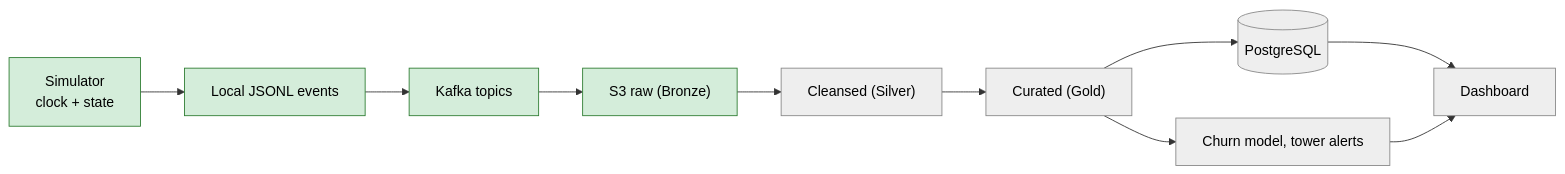
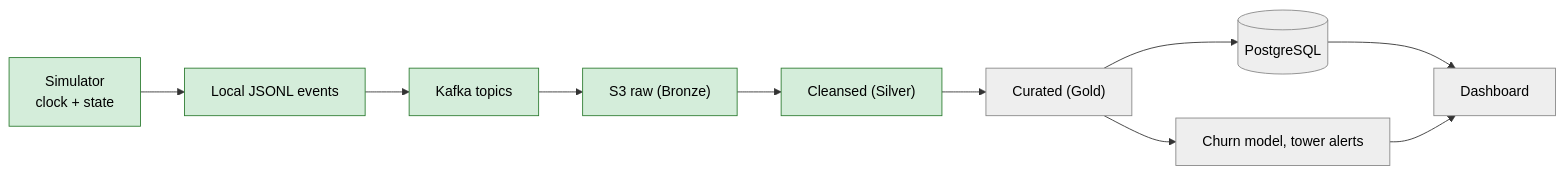
The first of 3 diagrams in README.md (bilawal-tech/churnguard), drawn with Mermaid before and after one commit. The commit also changed other lines of this file, not shown here.

Commit message:
README: Step 14 Silver done, Silver section, diagrams, structure, run commands

````diff
--- a/README.md
+++ b/README.md
@@ -30,18 +31,19 @@
 ```mermaid
 flowchart LR
     SIM["Simulator<br/>clock + state"] --> JSONL["Local JSONL events"]
     JSONL --> KAFKA["Kafka topics"]
     KAFKA --> BRONZE["S3 raw (Bronze)"]
     BRONZE --> SILVER["Cleansed (Silver)"]
     SILVER --> GOLD["Curated (Gold)"]
     GOLD --> PG[("PostgreSQL")]
     GOLD --> MODELS["Churn model, tower alerts"]
     PG --> DASH["Dashboard"]
     MODELS --> DASH
 
     classDef done fill:#d4edda,stroke:#2e7d32,color:#000
     classDef wip fill:#fff3cd,stroke:#b8860b,color:#000
     classDef todo fill:#eeeeee,stroke:#888888,color:#000
     class SIM,JSONL,KAFKA,BRONZE done
-    class SILVER,GOLD,PG,MODELS,DASH todo
+    class SILVER done
+    class GOLD,PG,MODELS,DASH todo
 ```
````
